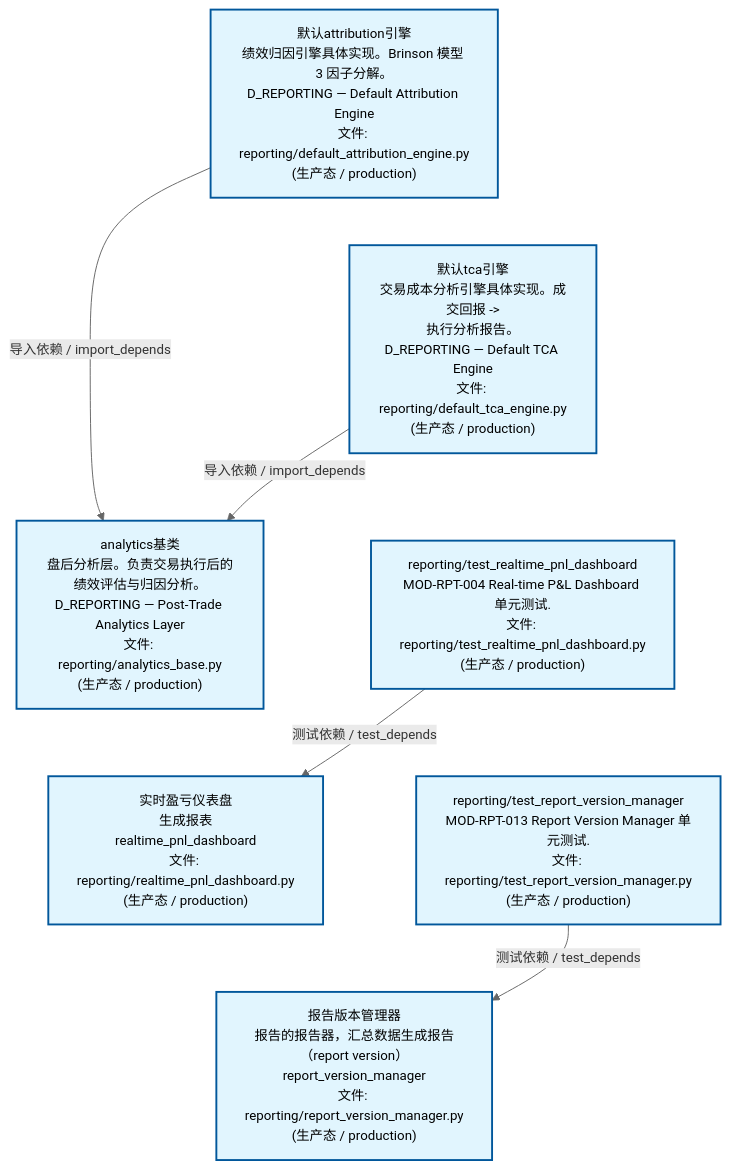
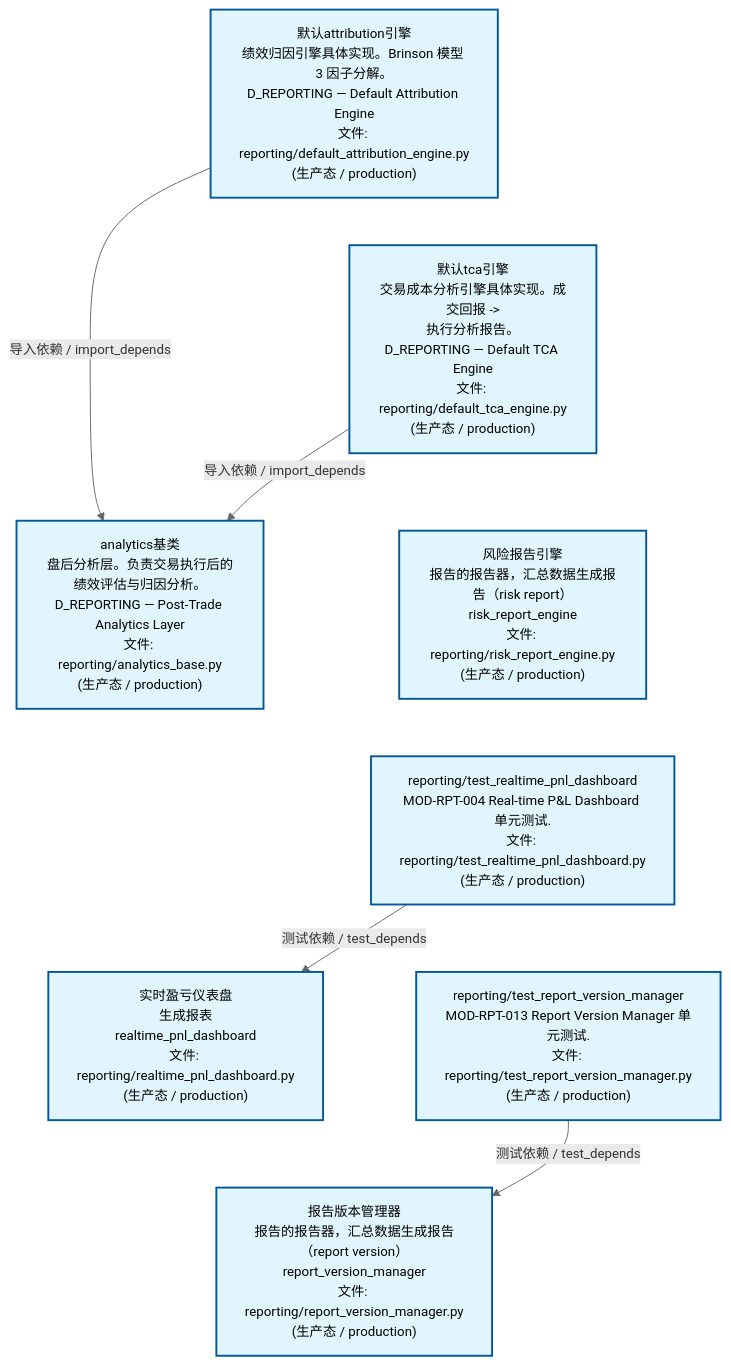
The second of 4 diagrams in docs/02_enterprise_architecture/02_domain_architecture_docs/26_d_reporting.md (xuanFelixVan/ZephyrAlpha), drawn with Mermaid before and after one commit. The commit also changed other lines of this file and 5 other files, not shown here.

````diff
--- a/docs/02_enterprise_architecture/02_domain_architecture_docs/26_d_reporting.md
+++ b/docs/02_enterprise_architecture/02_domain_architecture_docs/26_d_reporting.md
@@ -134,25 +135,27 @@
 ```mermaid
 %%{init: {'theme': 'base', 'themeVariables': {'primaryColor': '#eaeaea', 'primaryTextColor': '#333333', 'primaryBorderColor': '#666666', 'lineColor': '#666666', 'secondaryColor': '#eaeaea', 'tertiaryColor': '#eaeaea', 'fontSize': '14px'}}}%%
 flowchart TD
     src_zephyr_reporting_default_attribution_engine_py["默认attribution引擎<br/>绩效归因引擎具体实现。Brinson 模型 3 因子分解。<br/>D_REPORTING — Default Attribution Engine<br/>文件: reporting/default_attribution_engine.py<br/>(生产态 / production)"]
     src_zephyr_reporting_default_tca_engine_py["默认tca引擎<br/>交易成本分析引擎具体实现。成交回报 -><br/>执行分析报告。<br/>D_REPORTING — Default TCA Engine<br/>文件: reporting/default_tca_engine.py<br/>(生产态 / production)"]
+    src_zephyr_reporting_risk_report_engine_py["风险报告引擎<br/>报告的报告器，汇总数据生成报告（risk report）<br/>risk_report_engine<br/>文件: reporting/risk_report_engine.py<br/>(生产态 / production)"]
     tests_reporting_test_realtime_pnl_dashboard_py["reporting/test_realtime_pnl_dashboard<br/>MOD-RPT-004 Real-time P&L Dashboard 单元测试.<br/>文件: reporting/test_realtime_pnl_dashboard.py<br/>(生产态 / production)"]
     tests_reporting_test_report_version_manager_py["reporting/test_report_version_manager<br/>MOD-RPT-013 Report Version Manager 单元测试.<br/>文件: reporting/test_report_version_manager.py<br/>(生产态 / production)"]
     src_zephyr_reporting_default_attribution_engine_py ~~~ src_zephyr_reporting_default_tca_engine_py
-    src_zephyr_reporting_default_tca_engine_py ~~~ tests_reporting_test_realtime_pnl_dashboard_py
+    src_zephyr_reporting_default_tca_engine_py ~~~ src_zephyr_reporting_risk_report_engine_py
+    src_zephyr_reporting_risk_report_engine_py ~~~ tests_reporting_test_realtime_pnl_dashboard_py
     tests_reporting_test_realtime_pnl_dashboard_py ~~~ tests_reporting_test_report_version_manager_py
     src_zephyr_reporting_analytics_base_py["analytics基类<br/>盘后分析层。负责交易执行后的绩效评估与归因分析。<br/>D_REPORTING — Post-Trade Analytics Layer<br/>文件: reporting/analytics_base.py<br/>(生产态 / production)"]
     src_zephyr_reporting_realtime_pnl_dashboard_py["实时盈亏仪表盘<br/>生成报表<br/>realtime_pnl_dashboard<br/>文件: reporting/realtime_pnl_dashboard.py<br/>(生产态 / production)"]
     src_zephyr_reporting_report_version_manager_py["报告版本管理器<br/>报告的报告器，汇总数据生成报告（report version）<br/>report_version_manager<br/>文件: reporting/report_version_manager.py<br/>(生产态 / production)"]
     src_zephyr_reporting_analytics_base_py ~~~ src_zephyr_reporting_realtime_pnl_dashboard_py
     src_zephyr_reporting_realtime_pnl_dashboard_py ~~~ src_zephyr_reporting_report_version_manager_py
     src_zephyr_reporting_default_attribution_engine_py -->|导入依赖 / import_depends| src_zephyr_reporting_analytics_base_py
     src_zephyr_reporting_default_tca_engine_py -->|导入依赖 / import_depends| src_zephyr_reporting_analytics_base_py
     tests_reporting_test_realtime_pnl_dashboard_py -->|测试依赖 / test_depends| src_zephyr_reporting_realtime_pnl_dashboard_py
     tests_reporting_test_report_version_manager_py -->|测试依赖 / test_depends| src_zephyr_reporting_report_version_manager_py
     classDef production fill:#e1f5fe,stroke:#01579b,stroke-width:2px,color:#000
     classDef design fill:#fff3e0,stroke:#e65100,stroke-width:2px,color:#000,stroke-dasharray: 5 5
     classDef external_prod fill:#e8f4fd,stroke:#0277bd,stroke-width:1px,color:#000
     classDef external_design fill:#fff8e7,stroke:#ef6c00,stroke-width:1px,color:#000,stroke-dasharray: 5 5
-    class src_zephyr_reporting_analytics_base_py,src_zephyr_reporting_default_attribution_engine_py,src_zephyr_reporting_default_tca_engine_py,src_zephyr_reporting_realtime_pnl_dashboard_py,src_zephyr_reporting_report_version_manager_py,tests_reporting_test_realtime_pnl_dashboard_py,tests_reporting_test_report_version_manager_py production
+    class src_zephyr_reporting_analytics_base_py,src_zephyr_reporting_default_attribution_engine_py,src_zephyr_reporting_default_tca_engine_py,src_zephyr_reporting_realtime_pnl_dashboard_py,src_zephyr_reporting_report_version_manager_py,src_zephyr_reporting_risk_report_engine_py,tests_reporting_test_realtime_pnl_dashboard_py,tests_reporting_test_report_version_manager_py production
 ```
````
